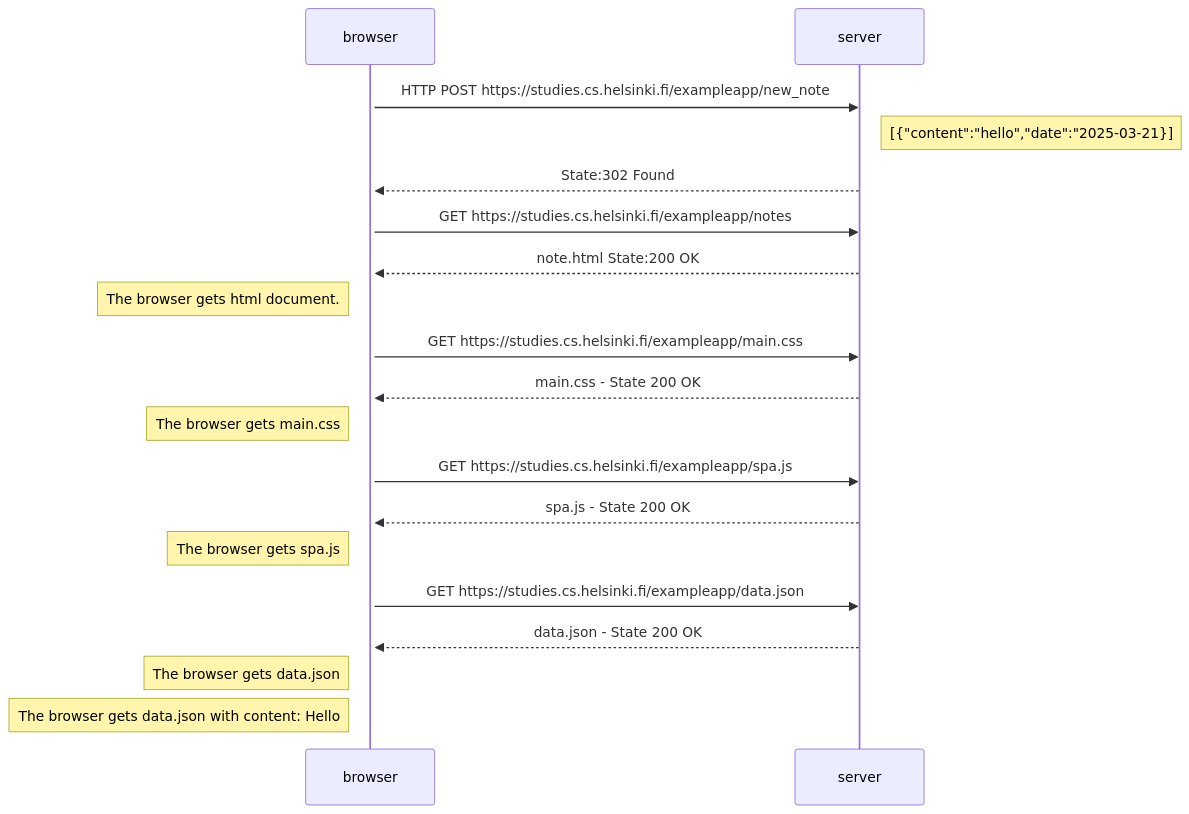
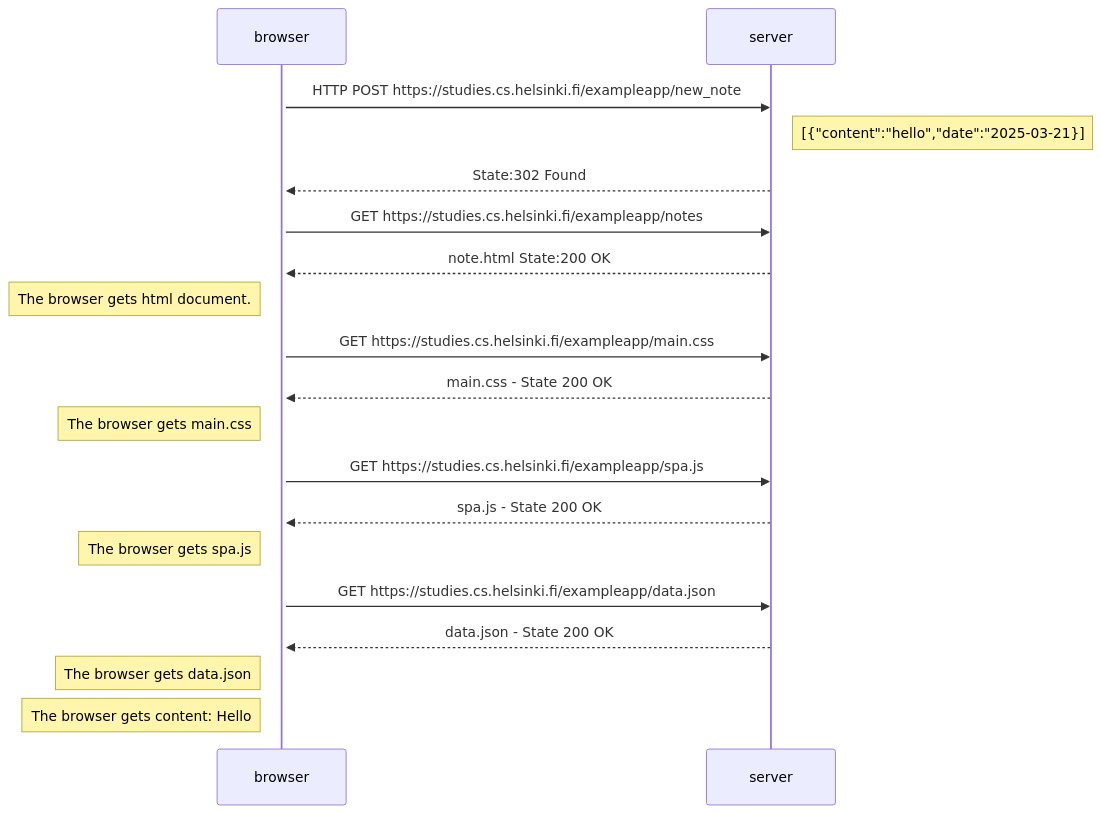
Before and after one commit to GeanVillamar/Part0: the diagram in 0.4: New note diagram.md, drawn with Mermaid.

Commit message:
Update 0.4: New note diagram.md

````diff
--- a/0.4: New note diagram.md
+++ b/0.4: New note diagram.md
@@ -1,22 +1,22 @@
 ```mermaid
 sequenceDiagram
     participant browser
     participant server
     activate browser
     browser->>server: HTTP POST https://studies.cs.helsinki.fi/exampleapp/new_note
     Note right of server: [{"content":"hello","date":"2025-03-21}]
     server-->>browser: State:302 Found
     browser->>server: GET https://studies.cs.helsinki.fi/exampleapp/notes
     server-->>browser: note.html State:200 OK
     Note left of browser: The browser gets html document.
     browser->>server: GET https://studies.cs.helsinki.fi/exampleapp/main.css
     server-->>browser: main.css - State 200 OK
     Note left of browser: The browser gets main.css
     browser->>server: GET https://studies.cs.helsinki.fi/exampleapp/spa.js
     server-->>browser: spa.js - State 200 OK
     Note left of browser: The browser gets spa.js
     browser->>server: GET https://studies.cs.helsinki.fi/exampleapp/data.json
     server-->>browser: data.json - State 200 OK
     Note left of browser: The browser gets data.json
-    Note left of browser: The browser gets data.json with content: Hello
+    Note left of browser: The browser gets content: Hello
 ```
````
